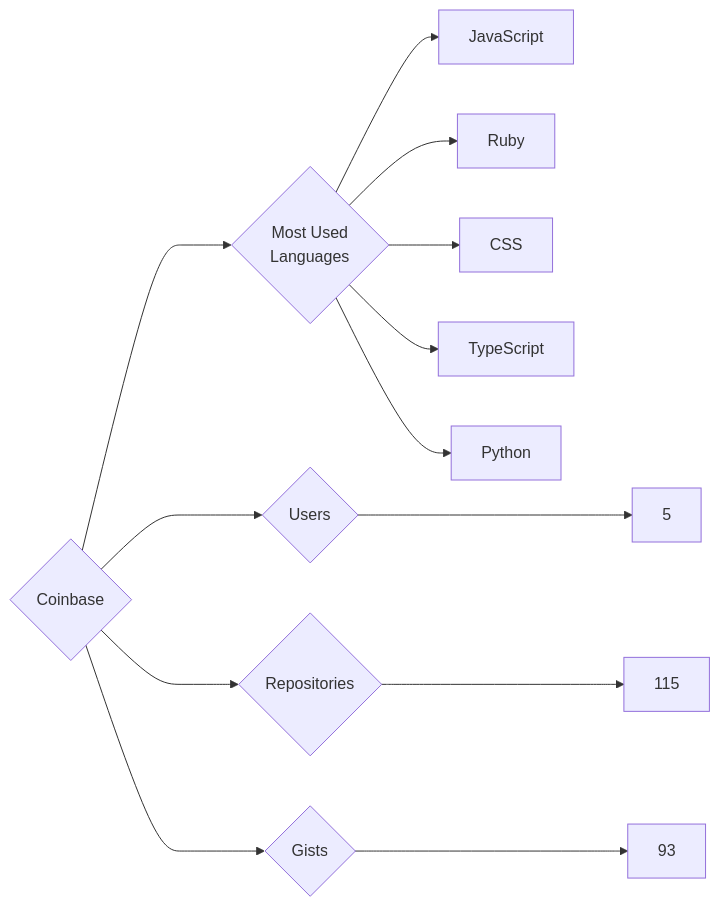
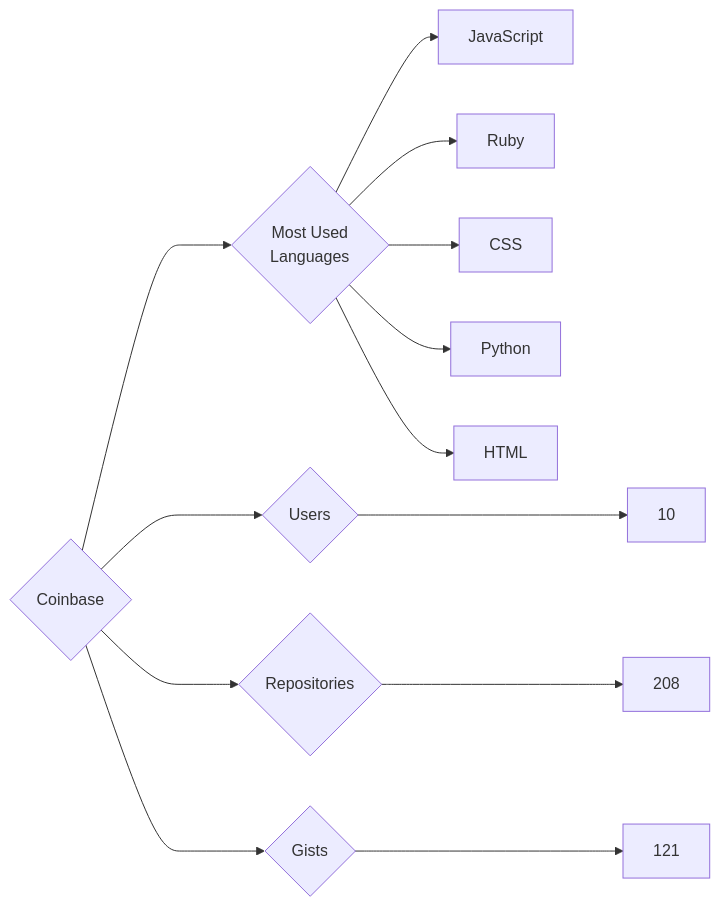
One commit to trickest/insiders changed the diagram in targets/Coinbase/README.md. Above: the diagram before and after it, drawn with Mermaid. The commit also changed 693 other files, not shown here.

````diff
--- a/targets/Coinbase/README.md
+++ b/targets/Coinbase/README.md
@@ -3,13 +3,13 @@
 ```mermaid
 graph LR
 COMPANY_NAME{Coinbase}
-COMPANY_NAME ---> U{Users} ---> UN[5]
-COMPANY_NAME ---> R{Repositories} ---> RN[115]
-COMPANY_NAME ---> G{Gists} ---> GN[93]
+COMPANY_NAME ---> U{Users} ---> UN[10]
+COMPANY_NAME ---> R{Repositories} ---> RN[208]
+COMPANY_NAME ---> G{Gists} ---> GN[121]
 COMPANY_NAME ---> ML{Most Used<br>Languages}
 ML --> JavaScript[JavaScript]
 ML --> Ruby[Ruby]
 ML --> CSS[CSS]
-ML --> TypeScript[TypeScript]
 ML --> Python[Python]
+ML --> HTML[HTML]
 ```
````
